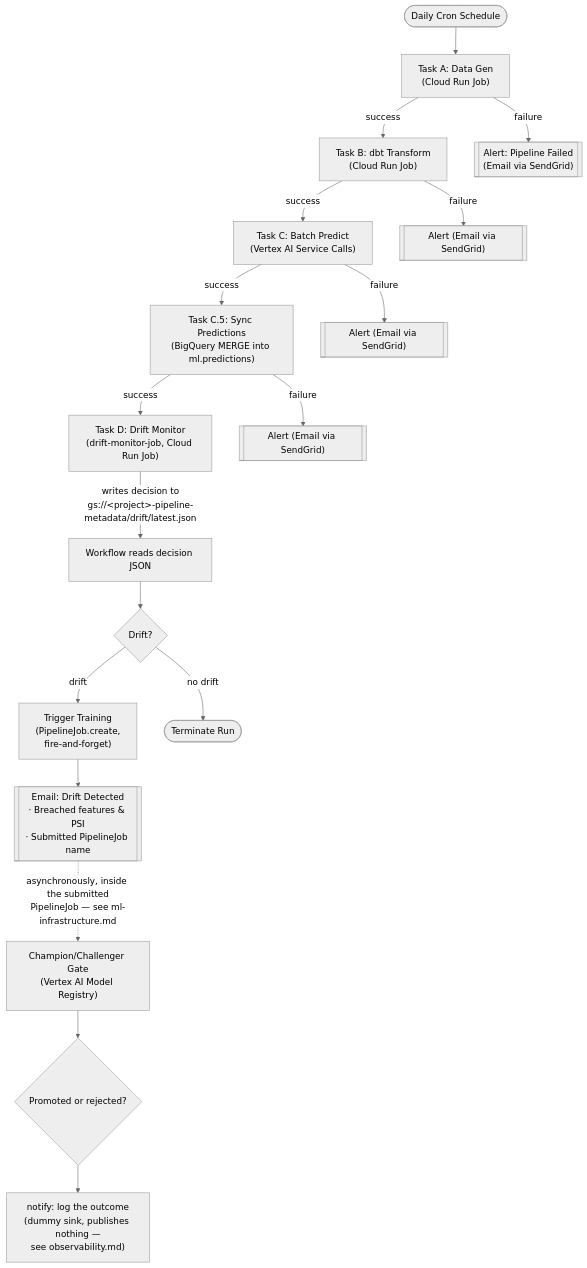
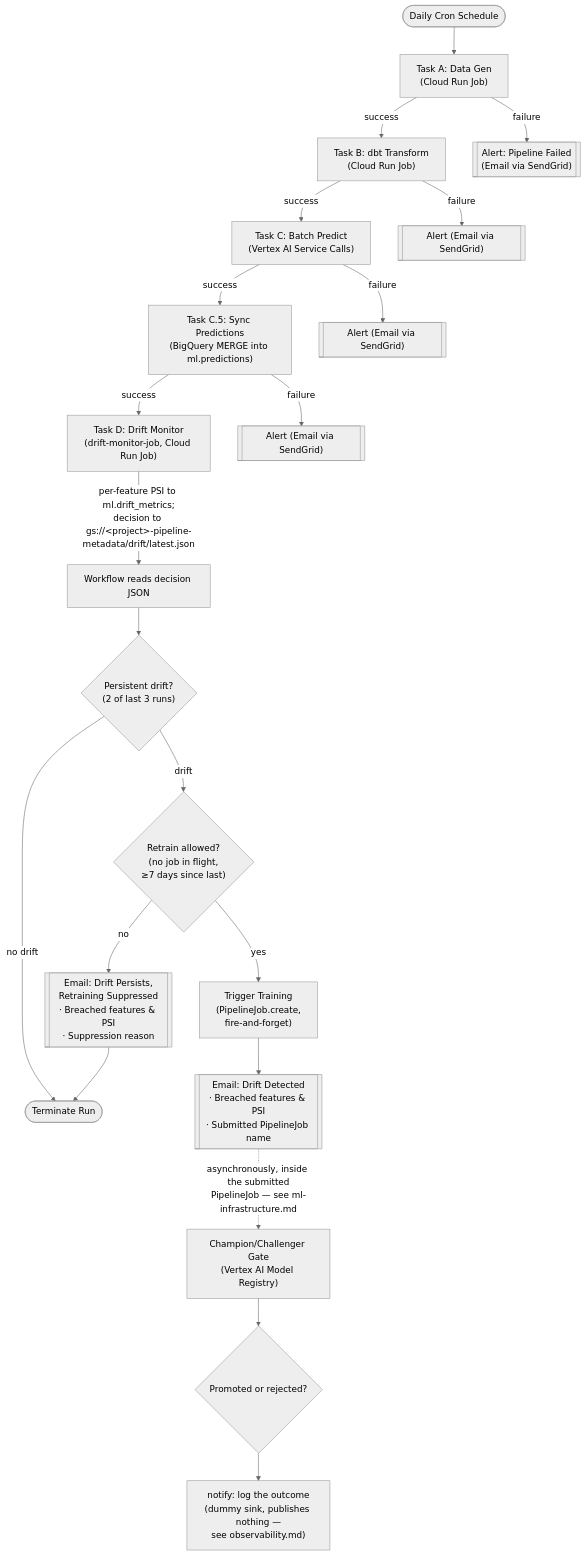
Before and after one commit to marcopellegrinoit/gcp-mlops-customer-churn: the diagram in docs/orchestration.md, drawn with Mermaid (neutral theme). The commit also changed other lines of this file and 15 other files, not shown here.

````diff
--- a/docs/orchestration.md
+++ b/docs/orchestration.md
@@ -27,28 +33,33 @@
 ```mermaid
 flowchart TD
     START([Daily Cron Schedule]) --> A["Task A: Data Gen<br/>(Cloud Run Job)"]
 
     A -->|success| B["Task B: dbt Transform<br/>(Cloud Run Job)"]
     A -->|failure| ALERT_A[["Alert: Pipeline Failed<br/>(Email via SendGrid)"]]
 
     B -->|success| C["Task C: Batch Predict<br/>(Vertex AI Service Calls)"]
     B -->|failure| ALERT_B[["Alert (Email via SendGrid)"]]
 
     C -->|success| SYNC["Task C.5: Sync Predictions<br/>(BigQuery MERGE into ml.predictions)"]
     C -->|failure| ALERT_C[["Alert (Email via SendGrid)"]]
 
     SYNC -->|success| D["Task D: Drift Monitor<br/>(drift-monitor-job, Cloud Run Job)"]
     SYNC -->|failure| ALERT_SYNC[["Alert (Email via SendGrid)"]]
 
-    D -->|"writes decision to<br/>gs://&lt;project&gt;-pipeline-metadata/drift/latest.json"| READ[Workflow reads decision JSON]
-    READ --> DRIFT{Drift?}
+    D -->|"per-feature PSI to ml.drift_metrics;<br/>decision to gs://&lt;project&gt;-pipeline-metadata/drift/latest.json"| READ[Workflow reads decision JSON]
+    READ --> DRIFT{"Persistent drift?<br/>(2 of last 3 runs)"}
 
-    DRIFT -->|drift| TRAIN["Trigger Training<br/>(PipelineJob.create,<br/>fire-and-forget)"]
+    DRIFT -->|drift| GUARD{"Retrain allowed?<br/>(no job in flight,<br/>≥7 days since last)"}
     DRIFT -->|no drift| TERM([Terminate Run])
+
+    GUARD -->|yes| TRAIN["Trigger Training<br/>(PipelineJob.create,<br/>fire-and-forget)"]
+    GUARD -->|no| SUPPRESS[["Email: Drift Persists,<br/>Retraining Suppressed<br/>· Breached features & PSI<br/>· Suppression reason"]]
+
+    SUPPRESS --> TERM
 
     TRAIN --> EMAIL[["Email: Drift Detected<br/>· Breached features & PSI<br/>· Submitted PipelineJob name"]]
 
     EMAIL -.->|"asynchronously, inside the submitted<br/>PipelineJob — see ml-infrastructure.md"| GATE["Champion/Challenger Gate<br/>(Vertex AI Model Registry)"]
     GATE --> PROMO{Promoted or rejected?}
     PROMO --> NOTIFY["notify: log the outcome<br/>(dummy sink, publishes nothing —<br/>see observability.md)"]
 ```
````
